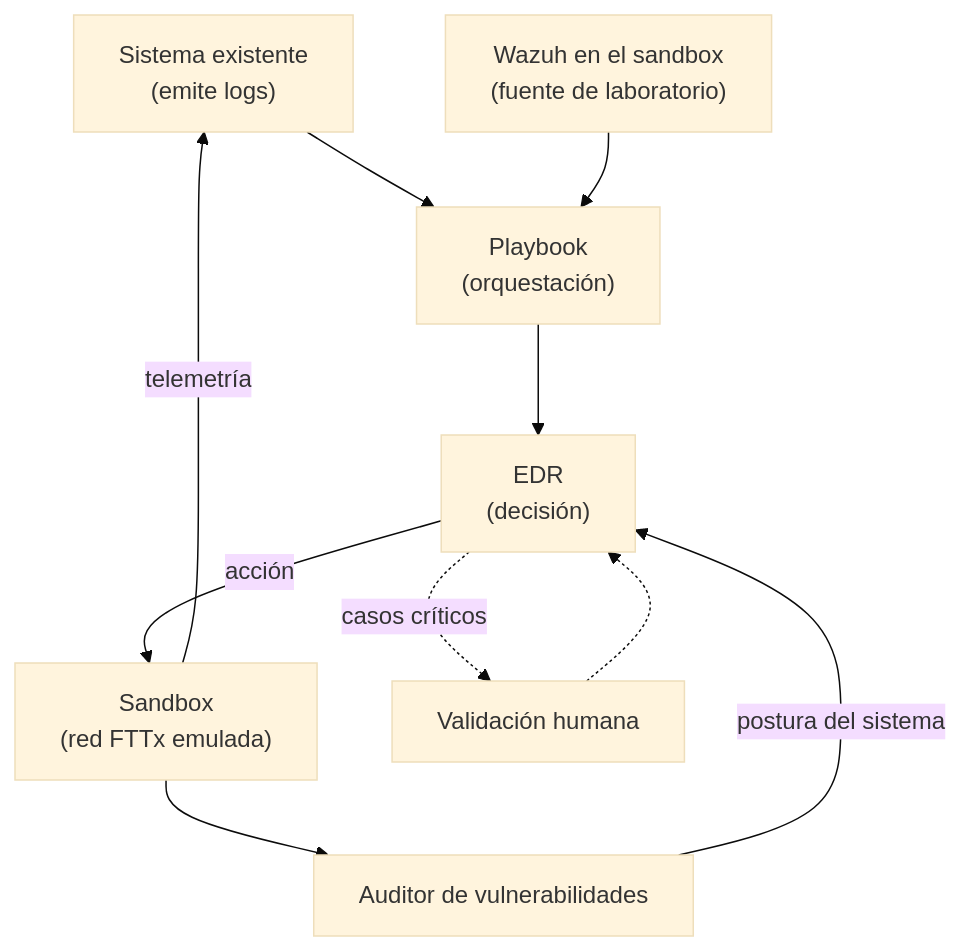
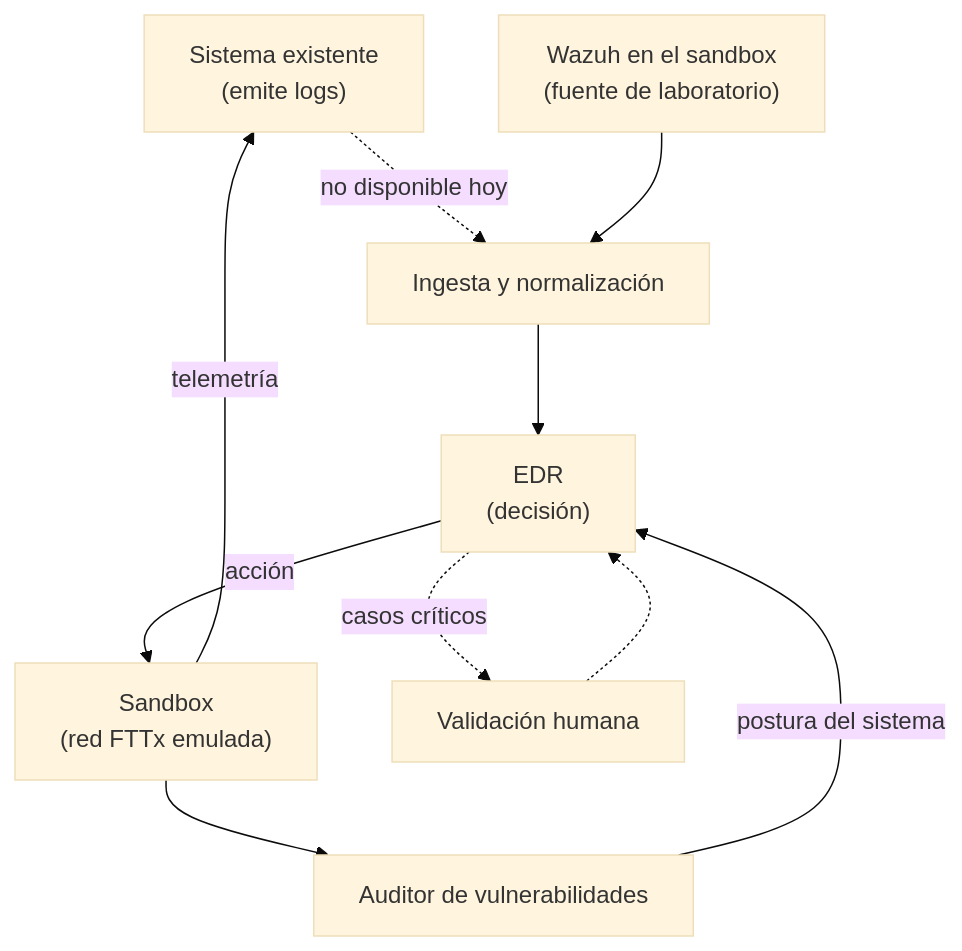
Before and after one commit to vBlanyer/domotai-pasantia: the first of 3 diagrams in documentacion/04-fase4-diseno-de-arquitectura/flujo-edr-playbook-sandbox.md, drawn with Mermaid (base theme). The commit also changed other lines of this file and 1 other file, not shown here.

First line of the commit message:
Resolver el hueco del playbook y anadir el diagrama de ejecucion

````diff
--- a/documentacion/04-fase4-diseno-de-arquitectura/flujo-edr-playbook-sandbox.md
+++ b/documentacion/04-fase4-diseno-de-arquitectura/flujo-edr-playbook-sandbox.md
@@ -9,12 +9,12 @@
 ```mermaid
 flowchart TD
-    SIS["Sistema existente<br/>(emite logs)"] --> PB["Playbook<br/>(orquestación)"]
-    WZ["Wazuh en el sandbox<br/>(fuente de laboratorio)"] --> PB
-    PB --> EDR["EDR<br/>(decisión)"]
+    SIS["Sistema existente<br/>(emite logs)"] -.no disponible hoy.-> ING
+    WZ["Wazuh en el sandbox<br/>(fuente de laboratorio)"] --> ING["Ingesta y normalización"]
+    ING --> EDR["EDR<br/>(decisión)"]
     EDR -->|acción| SBX["Sandbox<br/>(red FTTx emulada)"]
     AUD["Auditor de vulnerabilidades"] -->|postura del sistema| EDR
     SBX --> AUD
     SBX -->|telemetría| SIS
     EDR -.->|casos críticos| HUM["Validación humana"]
     HUM -.-> EDR
 ```
````
